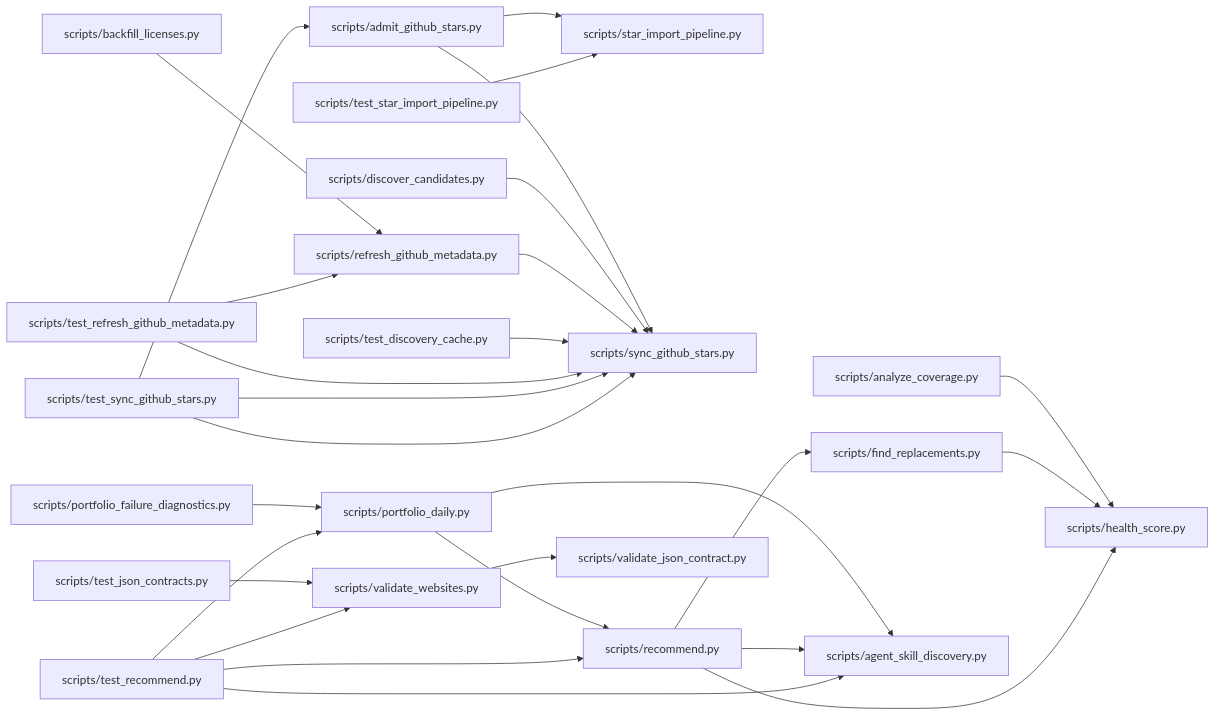
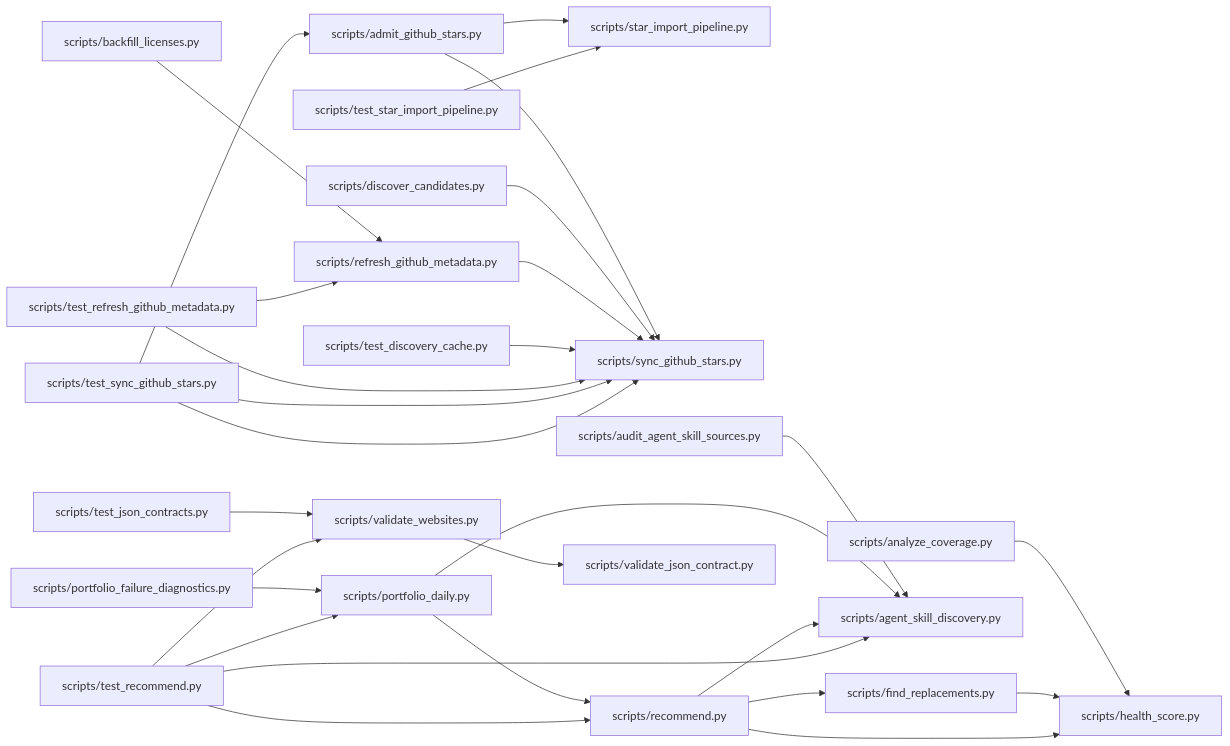
The diagram in .ai/brain/architecture.mmd (dbrckk/star-list), drawn with Mermaid before and after one commit. The commit also changed 79 other files, not shown here.

```diff
--- a/.ai/brain/architecture.mmd
+++ b/.ai/brain/architecture.mmd
@@ -1,27 +1,28 @@
 flowchart LR
   n8d03612ec4["scripts/admit_github_stars.py"] --> n83b2d4016a["scripts/star_import_pipeline.py"]
   n8d03612ec4["scripts/admit_github_stars.py"] --> n9ec765cbfe["scripts/sync_github_stars.py"]
   n493b546fce["scripts/analyze_coverage.py"] --> n61da7feb3f["scripts/health_score.py"]
+  nf8bb101102["scripts/audit_agent_skill_sources.py"] --> n6f6651784c["scripts/agent_skill_discovery.py"]
   nbea452dbc9["scripts/backfill_licenses.py"] --> n673a0bb367["scripts/refresh_github_metadata.py"]
   n19fd372d41["scripts/discover_candidates.py"] --> n9ec765cbfe["scripts/sync_github_stars.py"]
   n3c5af248bc["scripts/find_replacements.py"] --> n61da7feb3f["scripts/health_score.py"]
   n9c65ddcee9["scripts/portfolio_daily.py"] --> n6f6651784c["scripts/agent_skill_discovery.py"]
   n9c65ddcee9["scripts/portfolio_daily.py"] --> n6b33751c21["scripts/recommend.py"]
   nc1854cfb67["scripts/portfolio_failure_diagnostics.py"] --> n9c65ddcee9["scripts/portfolio_daily.py"]
   n6b33751c21["scripts/recommend.py"] --> n6f6651784c["scripts/agent_skill_discovery.py"]
   n6b33751c21["scripts/recommend.py"] --> n3c5af248bc["scripts/find_replacements.py"]
   n6b33751c21["scripts/recommend.py"] --> n61da7feb3f["scripts/health_score.py"]
   n673a0bb367["scripts/refresh_github_metadata.py"] --> n9ec765cbfe["scripts/sync_github_stars.py"]
   n5d2467085c["scripts/test_discovery_cache.py"] --> n9ec765cbfe["scripts/sync_github_stars.py"]
   n116275bc4e["scripts/test_json_contracts.py"] --> nd96d7a95bb["scripts/validate_websites.py"]
   n351bd21466["scripts/test_recommend.py"] --> n6f6651784c["scripts/agent_skill_discovery.py"]
   n351bd21466["scripts/test_recommend.py"] --> n9c65ddcee9["scripts/portfolio_daily.py"]
   n351bd21466["scripts/test_recommend.py"] --> n6b33751c21["scripts/recommend.py"]
   n351bd21466["scripts/test_recommend.py"] --> nd96d7a95bb["scripts/validate_websites.py"]
   nfc3af7e38e["scripts/test_refresh_github_metadata.py"] --> n673a0bb367["scripts/refresh_github_metadata.py"]
   nfc3af7e38e["scripts/test_refresh_github_metadata.py"] --> n9ec765cbfe["scripts/sync_github_stars.py"]
   n0c8a572d8b["scripts/test_star_import_pipeline.py"] --> n83b2d4016a["scripts/star_import_pipeline.py"]
   n895eef35e5["scripts/test_sync_github_stars.py"] --> n8d03612ec4["scripts/admit_github_stars.py"]
   n895eef35e5["scripts/test_sync_github_stars.py"] --> n9ec765cbfe["scripts/sync_github_stars.py"]
   nd96d7a95bb["scripts/validate_websites.py"] --> nbd2a675ab8["scripts/validate_json_contract.py"]
   n895eef35e5["scripts/test_sync_github_stars.py"] --> n9ec765cbfe["scripts/sync_github_stars.py"]
```
